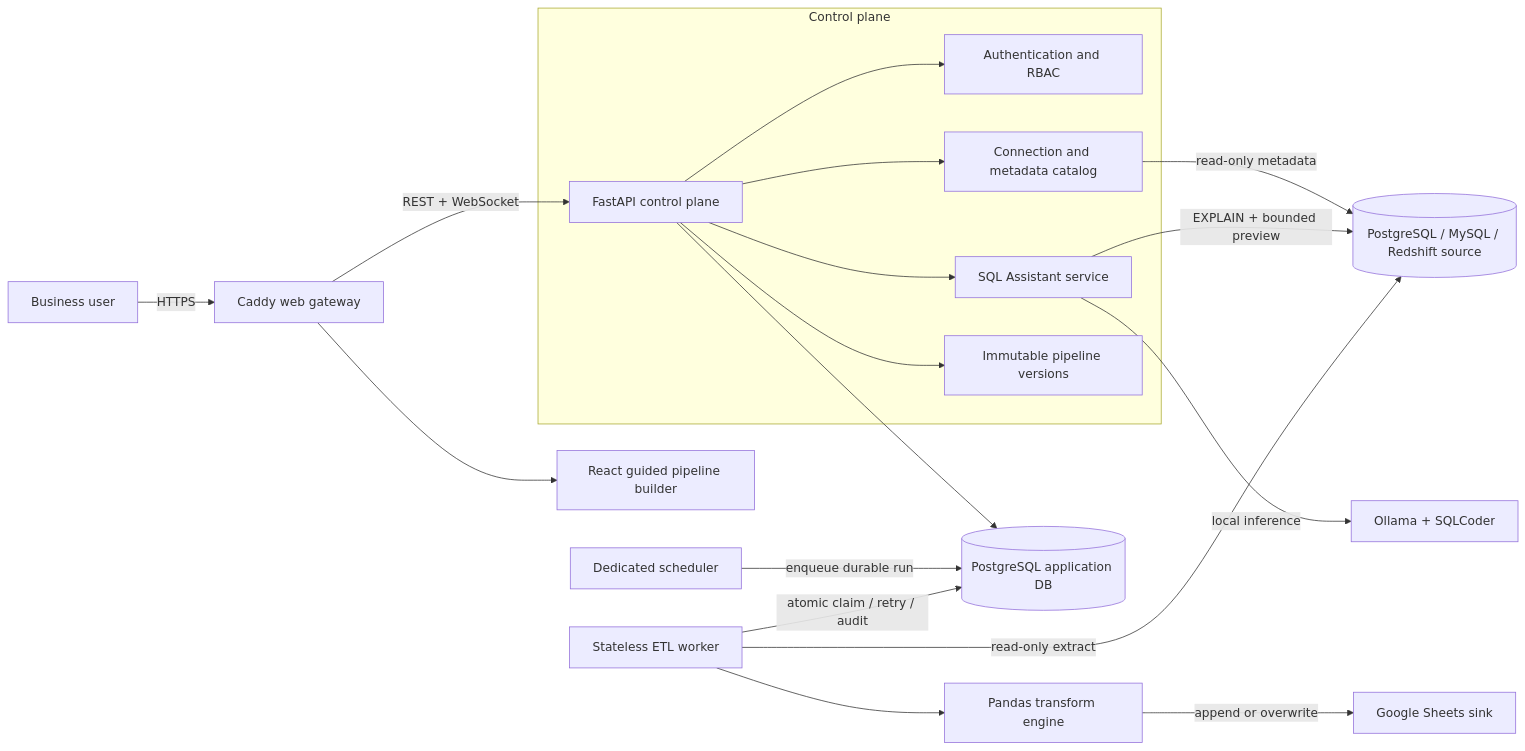
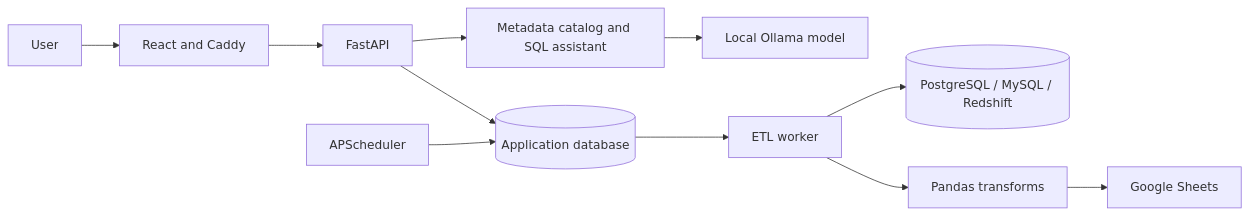
Before and after one commit to ajithreddy1234/FlowForge-ETL-Workflow-Automation-with-SQL-Assistant: the diagram in README.md, drawn with Mermaid. The commit also changed other lines of this file and 167 other files, not shown here.

Commit message:
Deploy original Job Scheduler as a bounded full-stack public sandbox

````diff
--- a/README.md
+++ b/README.md
@@ -44,24 +55,13 @@
 ```mermaid
 flowchart LR
-    user[Business user] -->|HTTPS| edge[Caddy web gateway]
-    edge --> ui[React guided pipeline builder]
-    edge -->|REST + WebSocket| api[FastAPI control plane]
-
-    subgraph control[Control plane]
-      api --> auth[Authentication and RBAC]
-      api --> catalog[Connection and metadata catalog]
-      api --> sqlbot[SQL Assistant service]
-      api --> versions[Immutable pipeline versions]
-    end
-
-    sqlbot -->|local inference| ollama[Ollama + SQLCoder]
-    catalog -->|read-only metadata| source[(PostgreSQL / MySQL / Redshift source)]
-    sqlbot -->|EXPLAIN + bounded preview| source
-
-    api --> state[(PostgreSQL application DB)]
-    scheduler[Dedicated scheduler] -->|enqueue durable run| state
-    worker[Stateless ETL worker] -->|atomic claim / retry / audit| state
-    worker -->|read-only extract| source
-    worker --> transform[Pandas transform engine]
-    transform -->|append or overwrite| sheets[Google Sheets sink]
+    user[User] --> web[React and Caddy]
+    web --> api[FastAPI]
+    api --> appdb[(Application database)]
+    api --> catalog[Metadata catalog and SQL assistant]
+    catalog --> model[Local Ollama model]
+    scheduler[APScheduler] --> appdb
+    appdb --> worker[ETL worker]
+    worker --> source[(PostgreSQL / MySQL / Redshift)]
+    worker --> transform[Pandas transforms]
+    transform --> sheets[Google Sheets]
 ```
````
